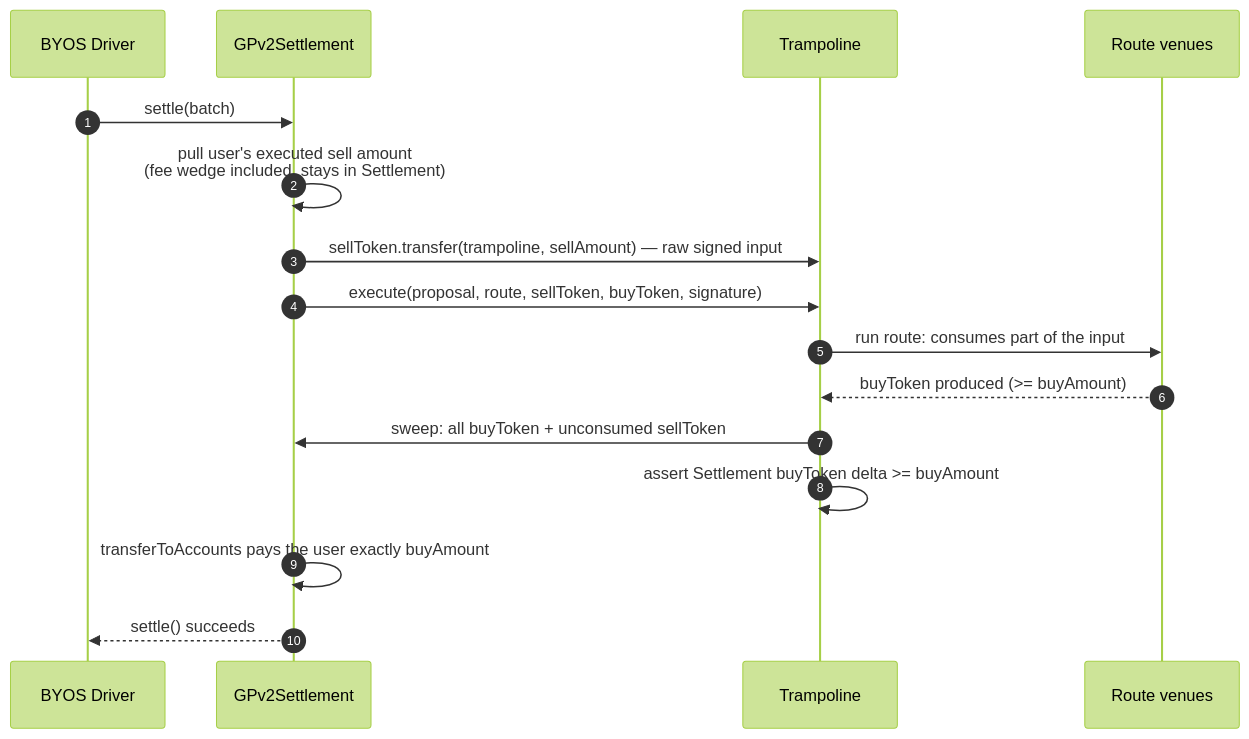
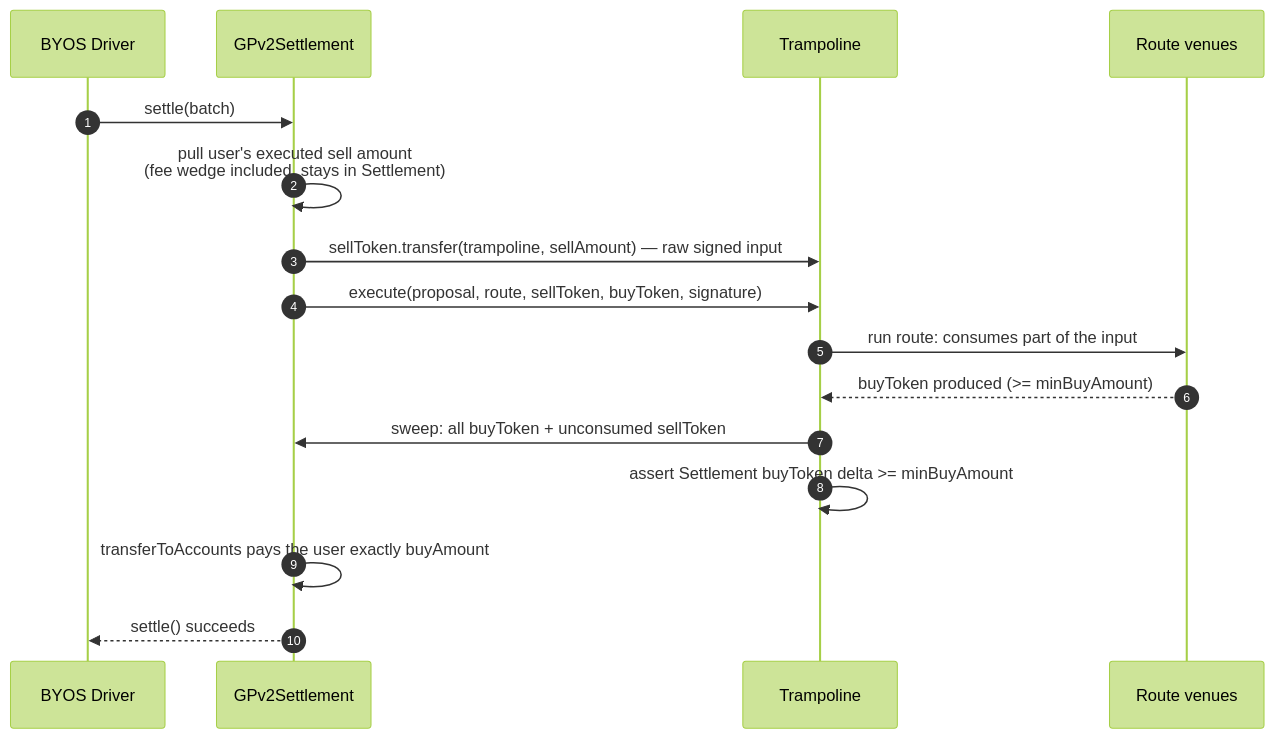
One commit to bleu/byos-docs changed the third of 4 diagrams in design-document.md. Above: the diagram before and after it, drawn with Mermaid (forest theme). The commit also changed other lines of this file and 4 other files, not shown here.

First line of the commit message:
docs: replace buyAmount with minBuyAmount/maxBuyAmount split

````diff
--- a/design-document.md
+++ b/design-document.md
@@ -172,19 +172,19 @@
 ```mermaid
 sequenceDiagram
     autonumber
     participant D as BYOS Driver
     participant S as GPv2Settlement
     participant T as Trampoline
     participant R as Route venues
 
     D->>S: settle(batch)
     S->>S: pull user's executed sell amount<br/>(fee wedge included, stays in Settlement)
     S->>T: sellToken.transfer(trampoline, sellAmount) — raw signed input
     S->>T: execute(proposal, route, sellToken, buyToken, signature)
     T->>R: run route: consumes part of the input
-    R-->>T: buyToken produced (>= buyAmount)
+    R-->>T: buyToken produced (>= minBuyAmount)
     T->>S: sweep: all buyToken + unconsumed sellToken
-    T->>T: assert Settlement buyToken delta >= buyAmount
+    T->>T: assert Settlement buyToken delta >= minBuyAmount
     S->>S: transferToAccounts pays the user exactly buyAmount
     S-->>D: settle() succeeds
 ```
````
